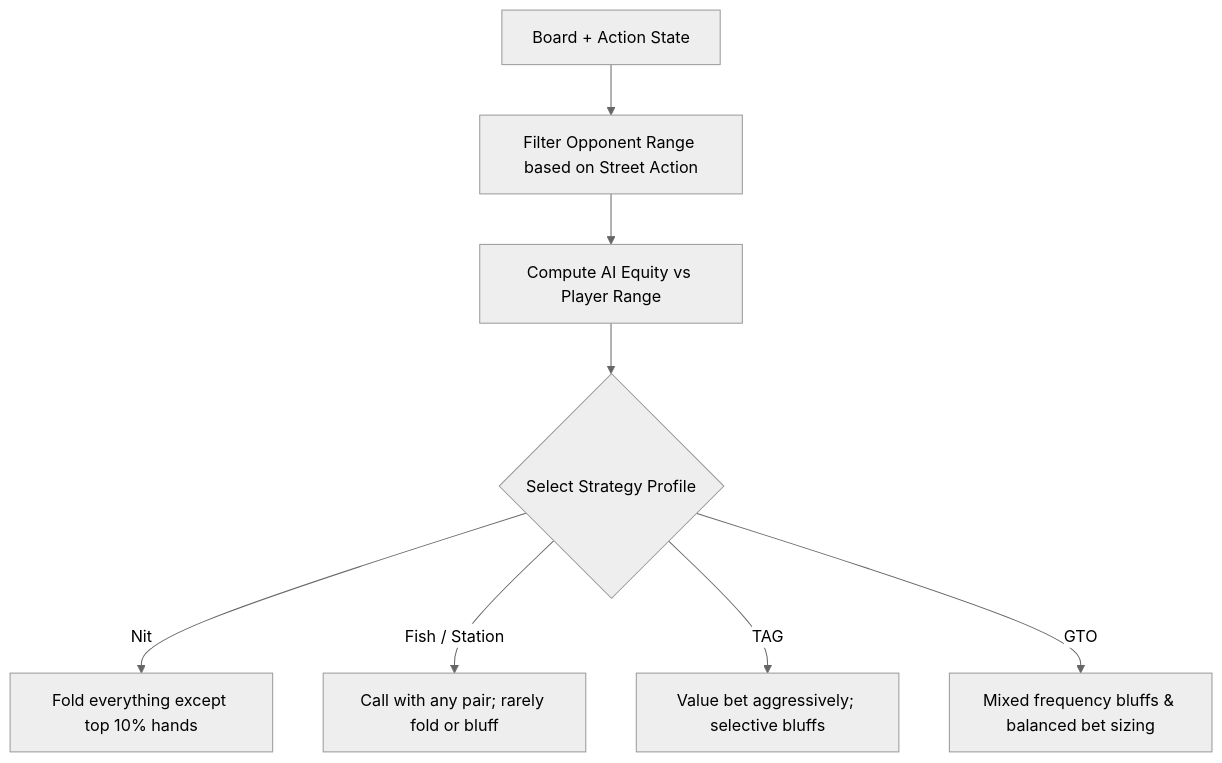
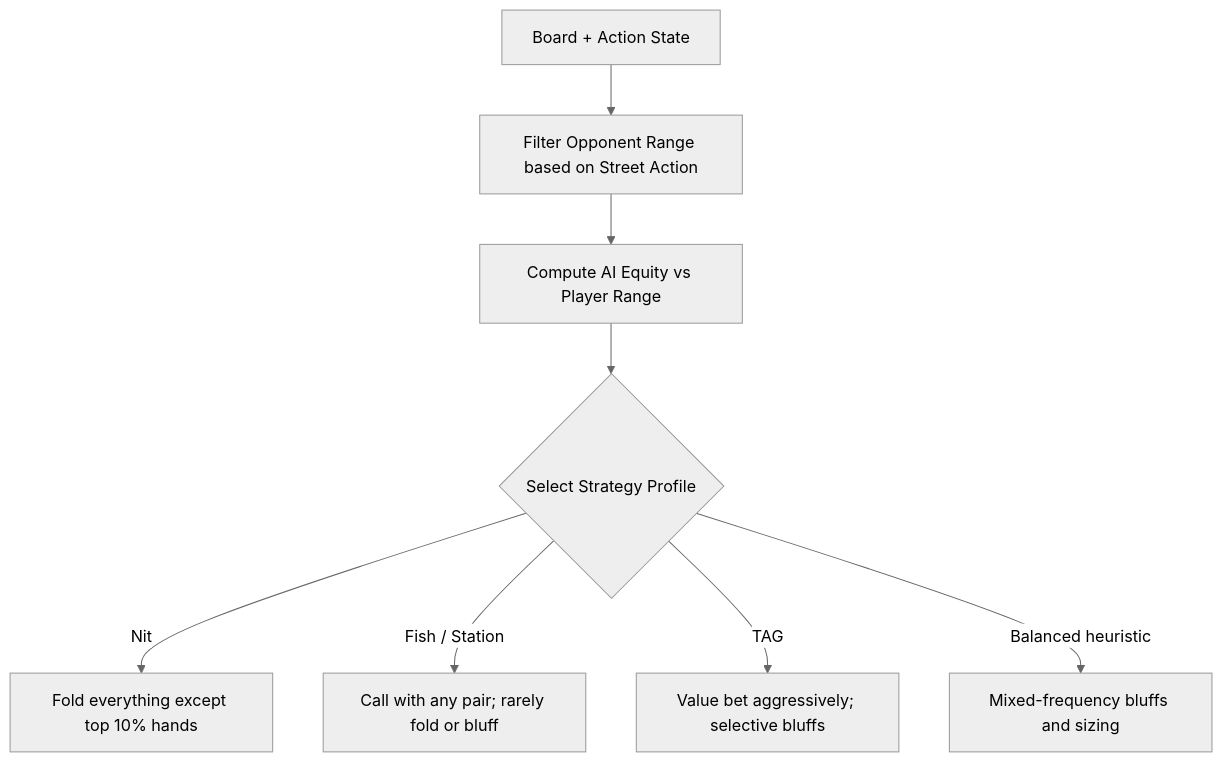
The second of 3 diagrams in docs/architecture/03_Simulator_Implementation_Roadmap.md (pincib/poker_01_simulator), drawn with Mermaid (neutral theme) before and after one commit. The commit also changed other lines of this file and 49 other files, not shown here.

````diff
--- a/docs/architecture/03_Simulator_Implementation_Roadmap.md
+++ b/docs/architecture/03_Simulator_Implementation_Roadmap.md
@@ -194,10 +194,10 @@
 ```mermaid
 flowchart TD
     State[Board + Action State] --> RangeFilter[Filter Opponent Range based on Street Action]
     RangeFilter --> CalcEq[Compute AI Equity vs Player Range]
     CalcEq --> StratTree{Select Strategy Profile}
     StratTree -->|Nit| TightAction[Fold everything except top 10% hands]
     StratTree -->|Fish / Station| PassiveAction[Call with any pair; rarely fold or bluff]
     StratTree -->|TAG| AggroAction[Value bet aggressively; selective bluffs]
-    StratTree -->|GTO| BalancedAction[Mixed frequency bluffs & balanced bet sizing]
+    StratTree -->|Balanced heuristic| BalancedAction[Mixed-frequency bluffs and sizing]
 ```
````
